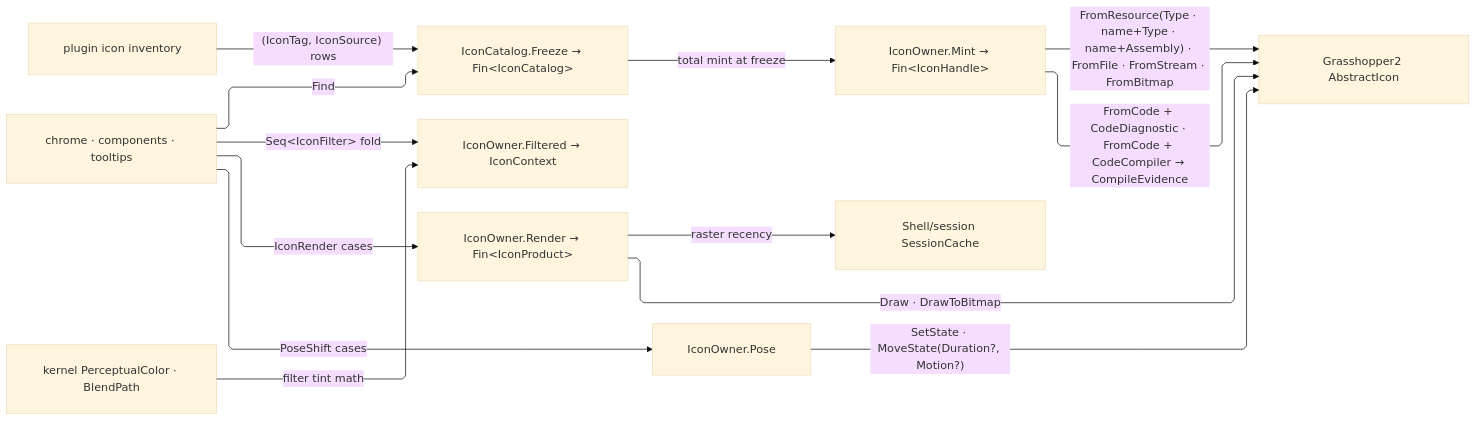
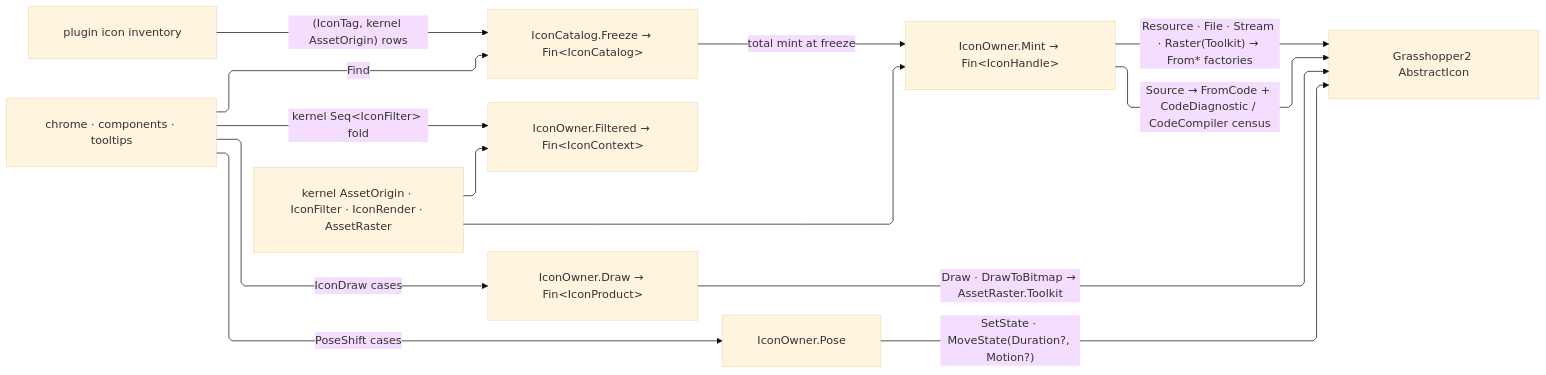
One commit to bsamiee/Rasm changed the diagram in libs/csharp/Rasm.Grasshopper/.planning/Shell/icons.md. Above: the diagram before and after it, drawn with Mermaid (base theme). The commit also changed other lines of this file and 818 other files, not shown here.

````diff
--- a/libs/csharp/Rasm.Grasshopper/.planning/Shell/icons.md
+++ b/libs/csharp/Rasm.Grasshopper/.planning/Shell/icons.md
@@ -284,24 +278,24 @@
 ```mermaid
 ---
 config:
   layout: elk
   flowchart:
     curve: linear
     padding: 25
 ---
 flowchart LR
-    accTitle: Admit, own, and render Grasshopper icons
-    accDescr: Plugin icon rows freeze through one mint gate into a catalog; consumers resolve, pose, filter, and render admitted handles while raster products enter the session cache and perceptual colour policy feeds the filter rail.
-    Plugin["plugin icon inventory"] -->|"(IconTag, IconSource) rows"| Freeze["IconCatalog.Freeze → Fin&lt;IconCatalog&gt;"]
+    accTitle: Materialize kernel assets as Grasshopper icons
+    accDescr: Plugin inventories freeze kernel AssetOrigin rows through one mint gate into a catalog; consumers resolve, pose, filter with kernel IconFilter rows, and draw admitted handles, with raster products answered on the kernel AssetRaster carrier.
+    Plugin["plugin icon inventory"] -->|"(IconTag, kernel AssetOrigin) rows"| Freeze["IconCatalog.Freeze → Fin&lt;IconCatalog&gt;"]
     Freeze -->|total mint at freeze| MintGate["IconOwner.Mint → Fin&lt;IconHandle&gt;"]
-    MintGate -->|"FromResource(Type · name+Type · name+Assembly) · FromFile · FromStream · FromBitmap"| Host["Grasshopper2 AbstractIcon"]
-    MintGate -->|"FromCode + CodeDiagnostic · FromCode + CodeCompiler → CompileEvidence"| Host
+    MintGate -->|"Resource · File · Stream · Raster(Toolkit) → From* factories"| Host["Grasshopper2 AbstractIcon"]
+    MintGate -->|"Source → FromCode + CodeDiagnostic / CodeCompiler census"| Host
     Consumer["chrome · components · tooltips"] -->|Find| Freeze
     Consumer -->|PoseShift cases| PoseGate["IconOwner.Pose"]
     PoseGate -->|"SetState · MoveState(Duration?, Motion?)"| Host
-    Consumer -->|"Seq&lt;IconFilter&gt; fold"| Filter["IconOwner.Filtered → IconContext"]
-    Consumer -->|IconRender cases| RenderGate["IconOwner.Render → Fin&lt;IconProduct&gt;"]
-    RenderGate -->|"Draw · DrawToBitmap"| Host
-    RenderGate -->|raster recency| Cache["Shell/session SessionCache"]
-    Kernel["kernel PerceptualColor · BlendPath"] -->|filter tint math| Filter
+    Consumer -->|"kernel Seq&lt;IconFilter&gt; fold"| Filter["IconOwner.Filtered → Fin&lt;IconContext&gt;"]
+    Consumer -->|IconDraw cases| DrawGate["IconOwner.Draw → Fin&lt;IconProduct&gt;"]
+    DrawGate -->|"Draw · DrawToBitmap → AssetRaster.Toolkit"| Host
+    Kernel["kernel AssetOrigin · IconFilter · IconRender · AssetRaster"] --> MintGate
+    Kernel --> Filter
 ```
````
